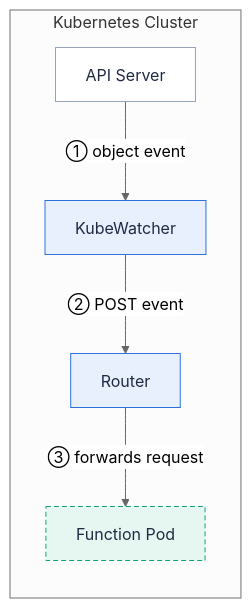
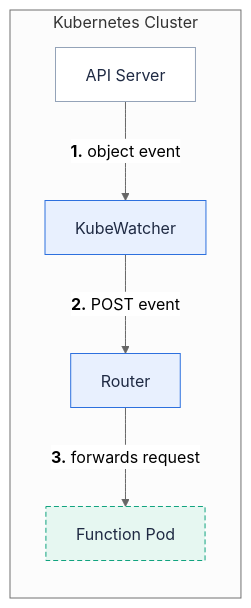
One commit to fission/fission.io changed the diagram in content/en/docs/usage/triggers/kubewatcher.md. Above: the diagram before and after it, drawn with Mermaid (neutral theme). The commit also changed 23 other files, not shown here.

First line of the commit message:
Make diagrams readable inline: compact TB layouts, bold crimson step numbers

````diff
--- a/content/en/docs/usage/triggers/kubewatcher.md
+++ b/content/en/docs/usage/triggers/kubewatcher.md
@@ -14,16 +14,16 @@
 ```mermaid
 flowchart LR
   subgraph k8s["Kubernetes Cluster"]
     apiserver["API Server"]:::user
     kubewatcher["KubeWatcher"]:::fission
     router["Router"]:::fission
     fnPod["Function Pod"]:::pod
   end
 
-  apiserver -->|"① object event"| kubewatcher
-  kubewatcher -->|"② POST event"| router
-  router -->|"③ forwards request"| fnPod
+  apiserver -->|"<b>1.</b> object event"| kubewatcher
+  kubewatcher -->|"<b>2.</b> POST event"| router
+  router -->|"<b>3.</b> forwards request"| fnPod
   classDef user fill:#ffffff,stroke:#94a3b8,color:#1f2a43
   classDef fission fill:#e8f0fe,stroke:#2d70de,color:#1f2a43
   classDef pod fill:#e6f7f1,stroke:#11a37f,color:#1f2a43,stroke-dasharray:5 3
 ```
````
